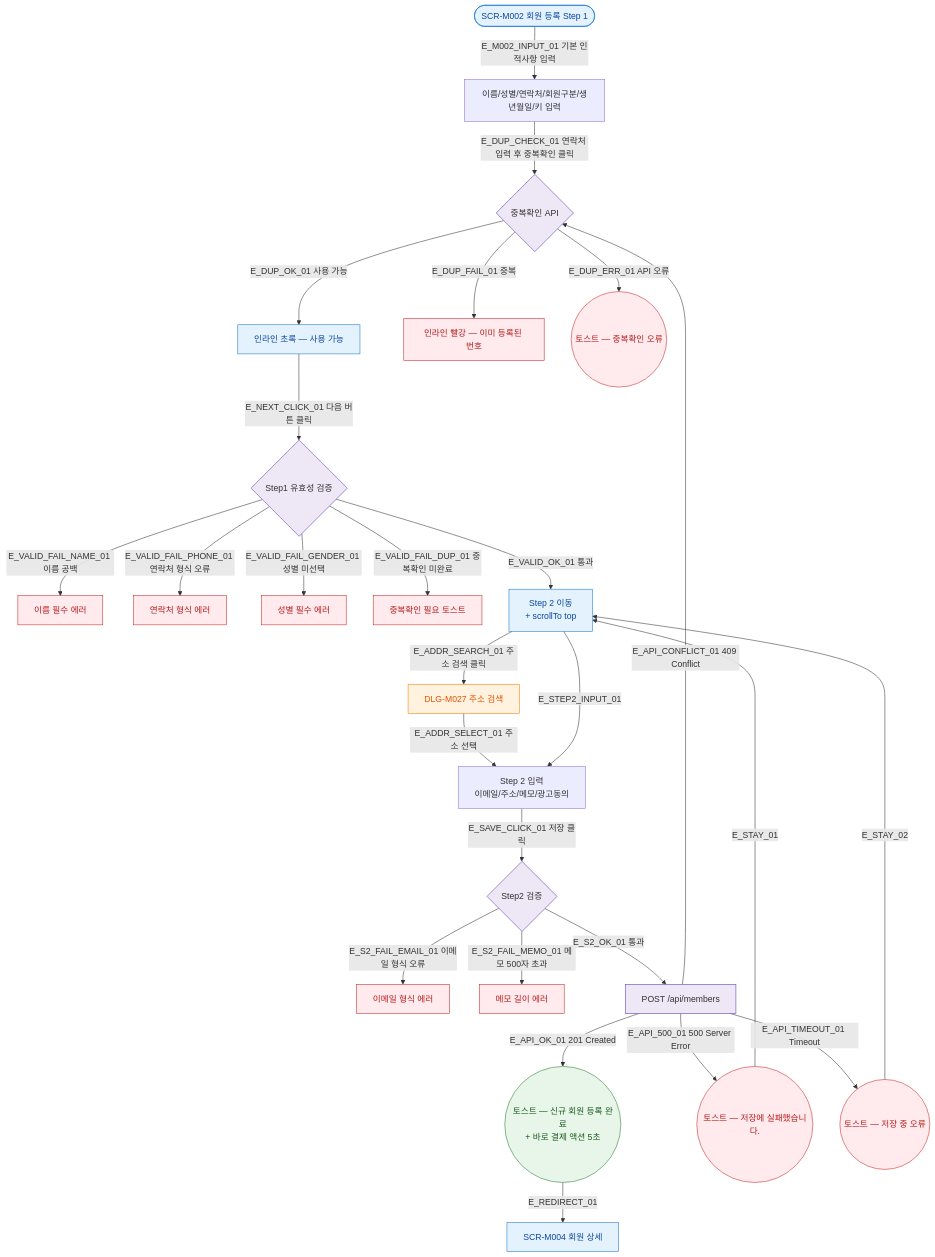
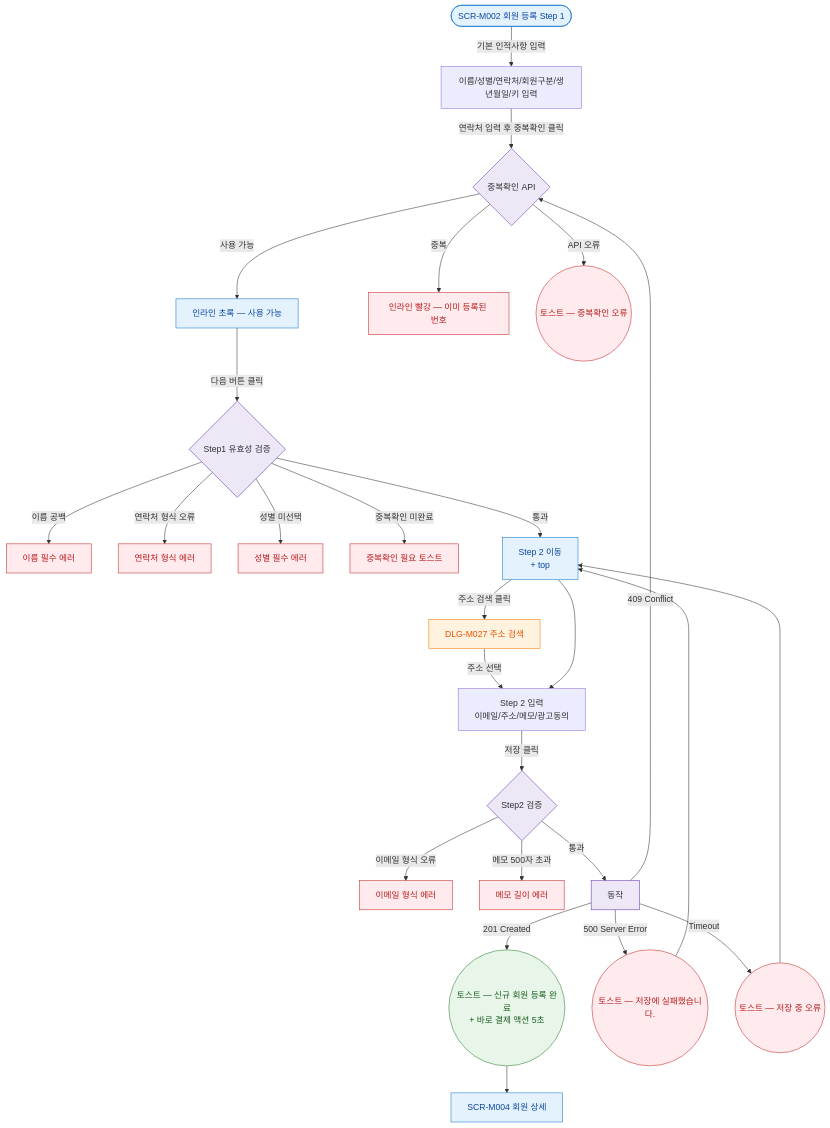
The diagram in docs/다이어그램/D02_회원관리/SCR-M002_회원등록/F2_메인.md (dev-spogym/admin-pando), drawn with Mermaid before and after one commit. The commit also changed other lines of this file and 1660 other files, not shown here.

First line of the commit message:
다이어그램: 기획자/클라이언트 납품본으로 정리

````diff
--- a/docs/다이어그램/D02_회원관리/SCR-M002_회원등록/F2_메인.md
+++ b/docs/다이어그램/D02_회원관리/SCR-M002_회원등록/F2_메인.md
@@ -23,54 +21,54 @@
 ```mermaid
 flowchart TD
   SCR_M002([SCR-M002 회원 등록 Step 1])
 
-  SCR_M002 -->|E_M002_INPUT_01 기본 인적사항 입력| STEP1_INPUT[이름/성별/연락처/회원구분/생년월일/키 입력]
+  SCR_M002 -->|기본 인적사항 입력|STEP1_INPUT[이름/성별/연락처/회원구분/생년월일/키 입력]
 
-  STEP1_INPUT -->|E_DUP_CHECK_01 연락처 입력 후 중복확인 클릭| DUP_CHECK{중복확인 API}
-  DUP_CHECK -->|E_DUP_OK_01 사용 가능| DUP_PASS[인라인 초록 — 사용 가능]
-  DUP_CHECK -->|E_DUP_FAIL_01 중복| DUP_FAIL[인라인 빨강 — 이미 등록된 번호]
-  DUP_CHECK -->|E_DUP_ERR_01 API 오류| TOAST_DUP_ERR((토스트 — 중복확인 오류))
+  STEP1_INPUT -->|연락처 입력 후 중복확인 클릭|DUP_CHECK{중복확인 API}
+  DUP_CHECK -->|사용 가능|DUP_PASS[인라인 초록 — 사용 가능]
+  DUP_CHECK -->|중복|DUP_FAIL[인라인 빨강 — 이미 등록된 번호]
+  DUP_CHECK -->|API 오류|TOAST_DUP_ERR((토스트 — 중복확인 오류))
 
-  DUP_PASS -->|E_NEXT_CLICK_01 다음 버튼 클릭| STEP1_VALID{Step1 유효성 검증}
-  STEP1_VALID -->|E_VALID_FAIL_NAME_01 이름 공백| ERR_NAME[이름 필수 에러]
-  STEP1_VALID -->|E_VALID_FAIL_PHONE_01 연락처 형식 오류| ERR_PHONE[연락처 형식 에러]
-  STEP1_VALID -->|E_VALID_FAIL_GENDER_01 성별 미선택| ERR_GENDER[성별 필수 에러]
-  STEP1_VALID -->|E_VALID_FAIL_DUP_01 중복확인 미완료| ERR_DUP[중복확인 필요 토스트]
-  STEP1_VALID -->|E_VALID_OK_01 통과| STEP2[Step 2 이동\n+ scrollTo top]
+  DUP_PASS -->|다음 버튼 클릭|STEP1_VALID{Step1 유효성 검증}
+  STEP1_VALID -->|이름 공백|ERR_NAME[이름 필수 에러]
+  STEP1_VALID -->|연락처 형식 오류|ERR_PHONE[연락처 형식 에러]
+  STEP1_VALID -->|성별 미선택|ERR_GENDER[성별 필수 에러]
+  STEP1_VALID -->|중복확인 미완료|ERR_DUP[중복확인 필요 토스트]
+  STEP1_VALID -->|통과|STEP2[Step 2 이동\n+ top]
 
-  STEP2 -->|E_ADDR_SEARCH_01 주소 검색 클릭| DLG_M027[DLG-M027 주소 검색]
-  DLG_M027 -->|E_ADDR_SELECT_01 주소 선택| STEP2_INPUT[Step 2 입력\n이메일/주소/메모/광고동의]
+  STEP2 -->|주소 검색 클릭|DLG_M027[DLG-M027 주소 검색]
+  DLG_M027 -->|주소 선택|STEP2_INPUT[Step 2 입력\n이메일/주소/메모/광고동의]
 
-  STEP2 -->|E_STEP2_INPUT_01| STEP2_INPUT
-  STEP2_INPUT -->|E_SAVE_CLICK_01 저장 클릭| STEP2_VALID{Step2 검증}
+  STEP2 --> STEP2_INPUT
+  STEP2_INPUT -->|저장 클릭|STEP2_VALID{Step2 검증}
 
-  STEP2_VALID -->|E_S2_FAIL_EMAIL_01 이메일 형식 오류| ERR_EMAIL[이메일 형식 에러]
-  STEP2_VALID -->|E_S2_FAIL_MEMO_01 메모 500자 초과| ERR_MEMO[메모 길이 에러]
-  STEP2_VALID -->|E_S2_OK_01 통과| API_SAVE[POST /api/members]
+  STEP2_VALID -->|이메일 형식 오류|ERR_EMAIL[이메일 형식 에러]
+  STEP2_VALID -->|메모 500자 초과|ERR_MEMO[메모 길이 에러]
+  STEP2_VALID -->|통과|API_SAVE[동작]
 
-  API_SAVE -->|E_API_OK_01 201 Created| TOAST_OK((토스트 — 신규 회원 등록 완료\n+ 바로 결제 액션 5초))
-  TOAST_OK -->|E_REDIRECT_01| SCR_M004[SCR-M004 회원 상세]
-  API_SAVE -->|E_API_CONFLICT_01 409 Conflict| DUP_CHECK
-  API_SAVE -->|E_API_500_01 500 Server Error| TOAST_ERR((토스트 — 저장에 실패했습니다.))
-  API_SAVE -->|E_API_TIMEOUT_01 Timeout| TOAST_TIMEOUT((토스트 — 저장 중 오류))
-  TOAST_ERR    -->|E_STAY_01| STEP2
-  TOAST_TIMEOUT -->|E_STAY_02| STEP2
+  API_SAVE -->|201 Created|TOAST_OK((토스트 — 신규 회원 등록 완료\n+ 바로 결제 액션 5초))
+  TOAST_OK --> SCR_M004[SCR-M004 회원 상세]
+  API_SAVE -->|409 Conflict|DUP_CHECK
+  API_SAVE -->|500 Server Error|TOAST_ERR((토스트 — 저장에 실패했습니다.))
+  API_SAVE -->|Timeout|TOAST_TIMEOUT((토스트 — 저장 중 오류))
+  TOAST_ERR --> STEP2
+  TOAST_TIMEOUT --> STEP2
 
-  classDef screen      fill:#E3F2FD,stroke:#1976D2,color:#0D47A1
-  classDef modal       fill:#FFF3E0,stroke:#F57C00,color:#E65100
-  classDef newFeature  fill:#F3E5F5,stroke:#9C27B0,stroke-dasharray:5 5
-  classDef error       fill:#FFEBEE,stroke:#C62828,color:#B71C1C
-  classDef success     fill:#E8F5E9,stroke:#2E7D32,color:#1B5E20
-  classDef warning     fill:#FFF8E1,stroke:#F9A825,color:#F57F17
-  classDef info        fill:#E0F7FA,stroke:#00838F
-  classDef system      fill:#EDE7F6,stroke:#5E35B2
-  classDef external    fill:#ECEFF1,stroke:#455A64,stroke-dasharray:3 3
-  classDef cron        fill:#E0F2F1,stroke:#00695C
+  classDef screen fill:#E3F2FD,stroke:#1976D2,color:#0D47A1
+  classDef modal fill:#FFF3E0,stroke:#F57C00,color:#E65100
+  classDef newFeature fill:#F3E5F5,stroke:#9C27B0,stroke-dasharray:5 5
+  classDef error fill:#FFEBEE,stroke:#C62828,color:#B71C1C
+  classDef success fill:#E8F5E9,stroke:#2E7D32,color:#1B5E20
+  classDef warning fill:#FFF8E1,stroke:#F9A825,color:#F57F17
+  classDef info fill:#E0F7FA,stroke:#00838F
+  classDef system fill:#EDE7F6,stroke:#5E35B2
+  classDef external fill:#ECEFF1,stroke:#455A64,stroke-dasharray:3 3
+  classDef cron fill:#E0F2F1,stroke:#00695C
   classDef rbacBlocked fill:#F5F5F5,stroke:#9E9E9E,color:#616161
 
   class SCR_M002,STEP2,SCR_M004,DUP_PASS screen
   class DLG_M027 modal
   class DUP_CHECK,STEP1_VALID,STEP2_VALID,API_SAVE system
   class ERR_NAME,ERR_PHONE,ERR_GENDER,ERR_DUP,ERR_EMAIL,ERR_MEMO,DUP_FAIL,TOAST_DUP_ERR,TOAST_ERR,TOAST_TIMEOUT error
   class TOAST_OK success
 ```
````
